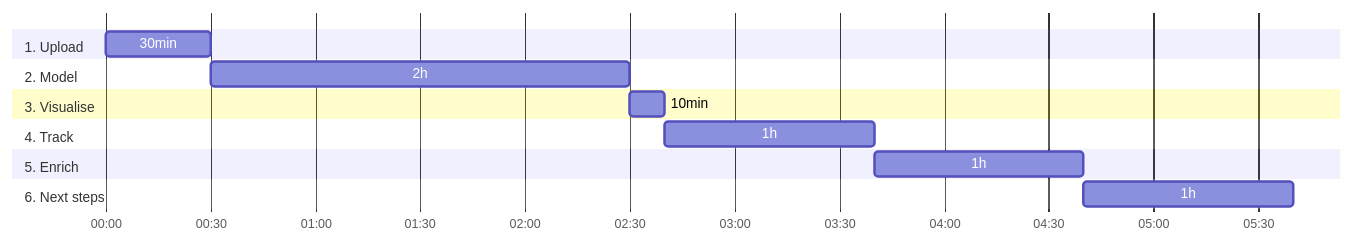
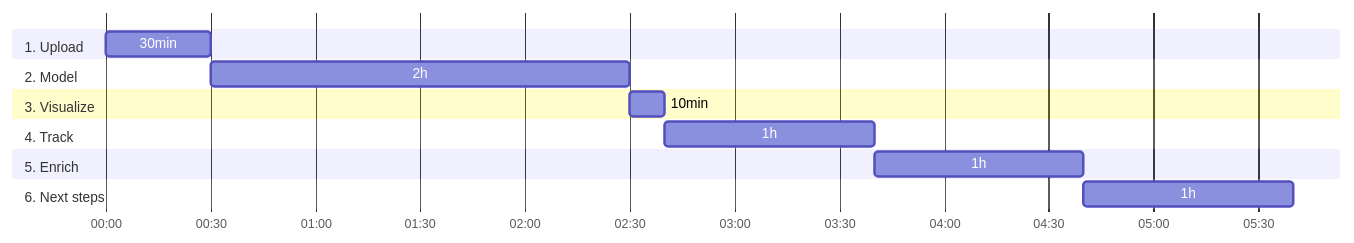
Before and after one commit to snowplow/marketing-attribution-accelerator: the diagram in content/_index.md, drawn with Mermaid. The commit also changed other lines of this file and 12 other files, not shown here.

```diff
--- a/content/_index.md
+++ b/content/_index.md
@@ -44,18 +46,18 @@
 {{<mermaid>}}
 gantt
         dateFormat  HH-mm
         axisFormat %H:%M
         section 1. Upload
         30min       :upload, 00-00, 30m
         section 2. Model
         2h          :model, after upload, 2h
-        section 3. Visualise
-        10min          :visualise, after model, 10m
+        section 3. Visualize
+        10min          :visualize, after model, 10m
         section 4. Track
-        1h          :track, after visualise, 1h
+        1h          :track, after visualize, 1h
         section 5. Enrich
         1h          :enrich, after track, 1h
         section 6. Next steps
         1h          :next steps, after enrich, 1h
 
 {{</mermaid >}}
```
